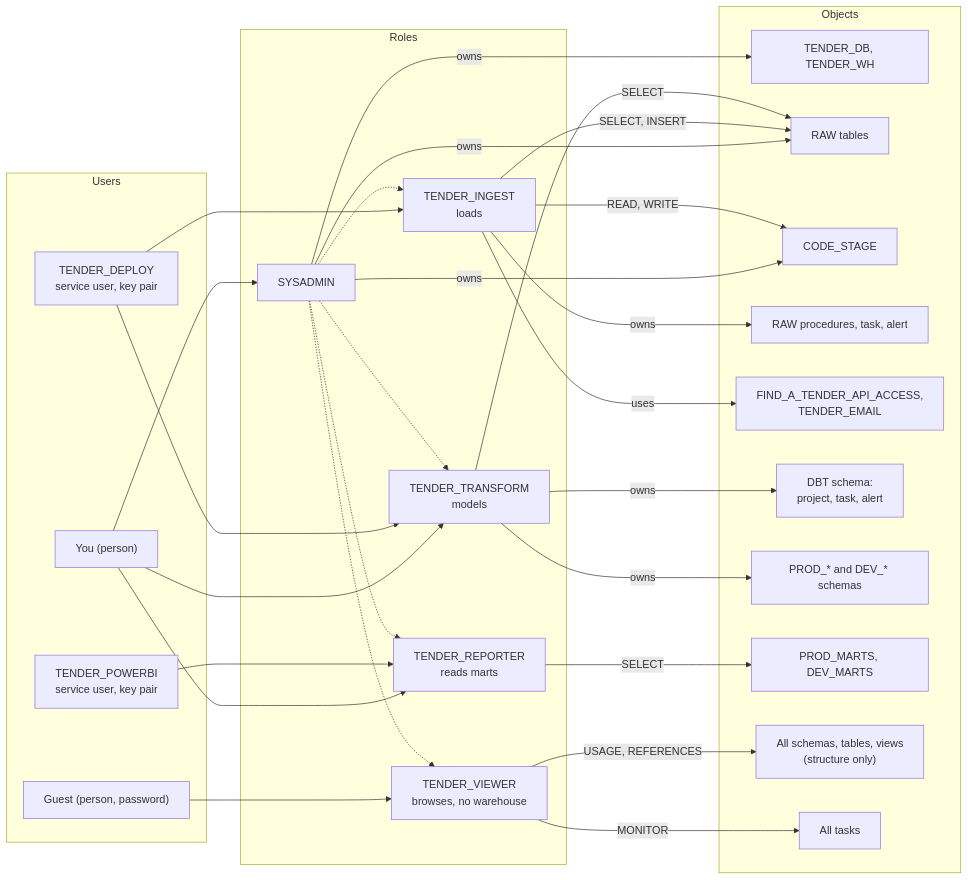
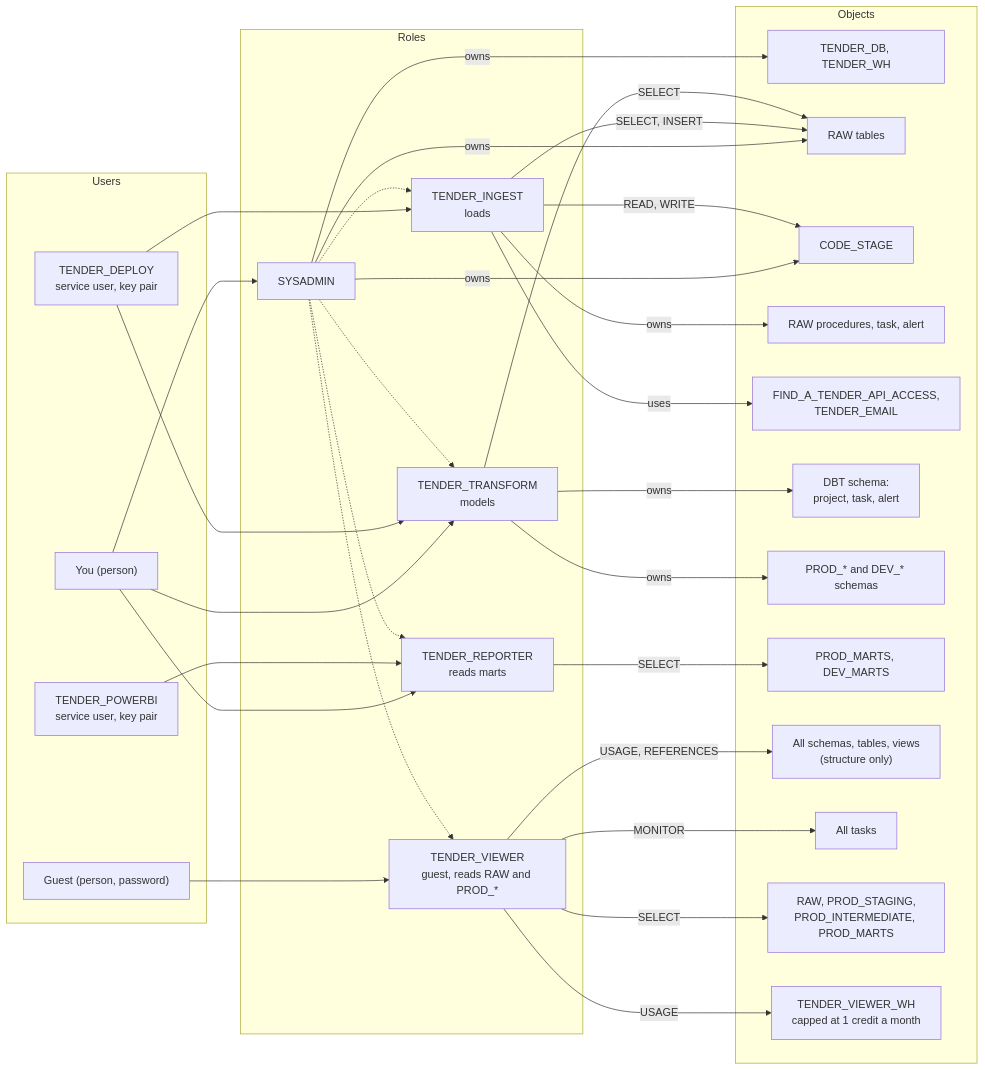
Before and after one commit to jacekjastrzebski/uk-tenders-dbt-snowflake: the diagram in docs/diagrams/security.md, drawn with Mermaid. The commit also changed other lines of this file and 6 other files, not shown here.

````diff
--- a/docs/diagrams/security.md
+++ b/docs/diagrams/security.md
@@ -9,45 +9,49 @@
 ```mermaid
 flowchart LR
     subgraph Users
         you["You (person)"]
         deploy["TENDER_DEPLOY<br/>service user, key pair"]
         powerbi["TENDER_POWERBI<br/>service user, key pair"]
         guest["Guest (person, password)"]
     end
     subgraph Roles
         sysadmin["SYSADMIN"]
         ingest["TENDER_INGEST<br/>loads"]
         transform["TENDER_TRANSFORM<br/>models"]
         reporter["TENDER_REPORTER<br/>reads marts"]
-        viewer["TENDER_VIEWER<br/>browses, no warehouse"]
+        viewer["TENDER_VIEWER<br/>guest, reads RAW and PROD_*"]
     end
     subgraph Objects["Objects"]
         base["TENDER_DB, TENDER_WH"]
         raw["RAW tables"]
         stage["CODE_STAGE"]
         rawobj["RAW procedures, task, alert"]
         integrations["FIND_A_TENDER_API_ACCESS,<br/>TENDER_EMAIL"]
         dbtobj["DBT schema:<br/>project, task, alert"]
         built["PROD_* and DEV_* schemas"]
         marts["PROD_MARTS, DEV_MARTS"]
         structure["All schemas, tables, views<br/>(structure only)"]
         tasks["All tasks"]
+        guestdata["RAW, PROD_STAGING,<br/>PROD_INTERMEDIATE, PROD_MARTS"]
+        guestwh["TENDER_VIEWER_WH<br/>capped at 1 credit a month"]
     end
 
     you --> sysadmin & transform & reporter
     deploy --> ingest & transform
     powerbi --> reporter
     guest --> viewer
     sysadmin -.-> ingest & transform & reporter & viewer
 
     sysadmin -->|owns| base & raw & stage
     ingest -->|"SELECT, INSERT"| raw
     ingest -->|"READ, WRITE"| stage
     ingest -->|owns| rawobj
     ingest -->|uses| integrations
     transform -->|SELECT| raw
     transform -->|owns| dbtobj & built
     reporter -->|SELECT| marts
     viewer -->|"USAGE, REFERENCES"| structure
     viewer -->|MONITOR| tasks
+    viewer -->|SELECT| guestdata
+    viewer -->|USAGE| guestwh
 ```
````
